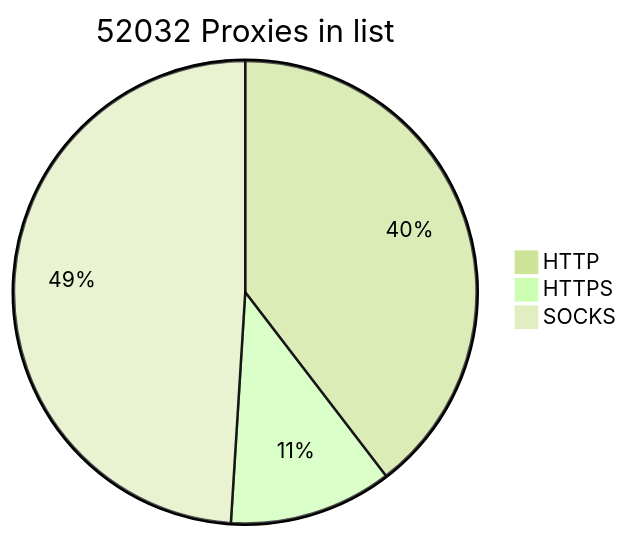
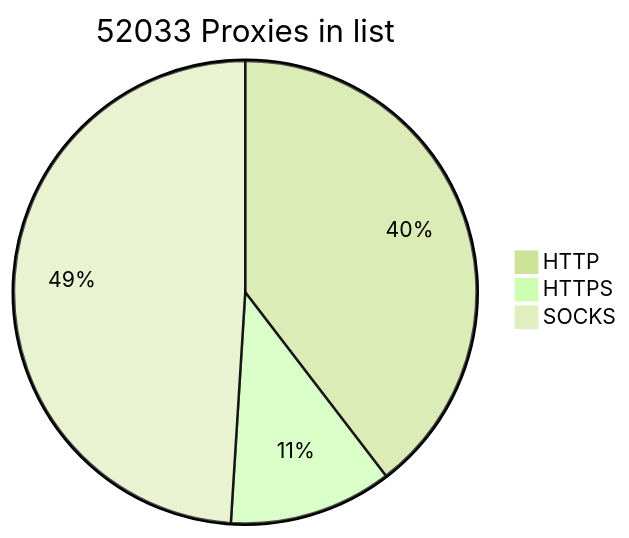
One commit to BlackSnowDot/proxylist-update-every-minute changed the diagram in README.md. Above: the diagram before and after it, drawn with Mermaid (forest theme).

````diff
--- a/README.md
+++ b/README.md
@@ -2,6 +2,6 @@
 ```mermaid
-pie title 52032 Proxies in list
+pie title 52033 Proxies in list
     "HTTP" : 22926
-    "HTTPS": 6598
+    "HTTPS": 6599
     "SOCKS" : 28377
 ```
````
